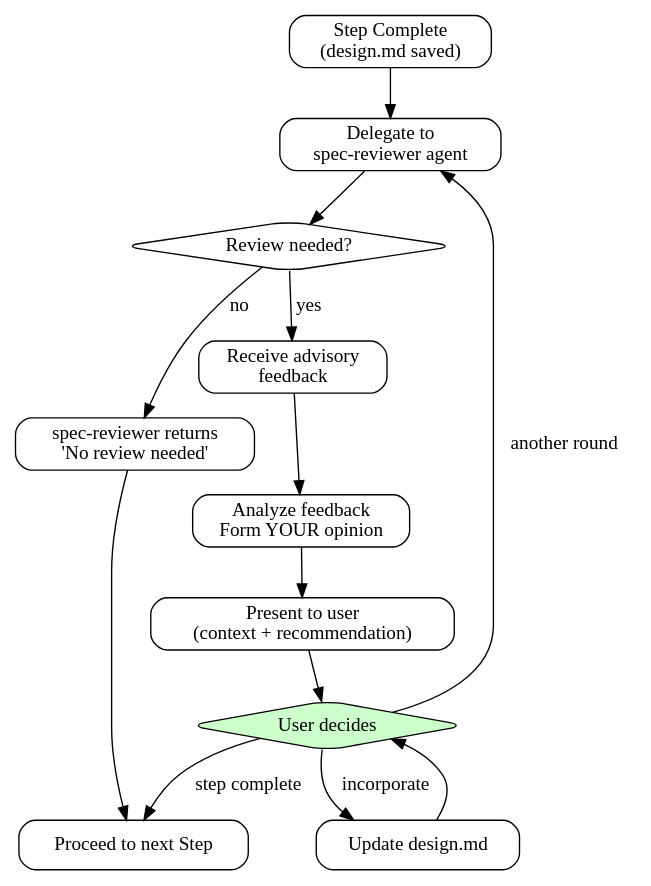
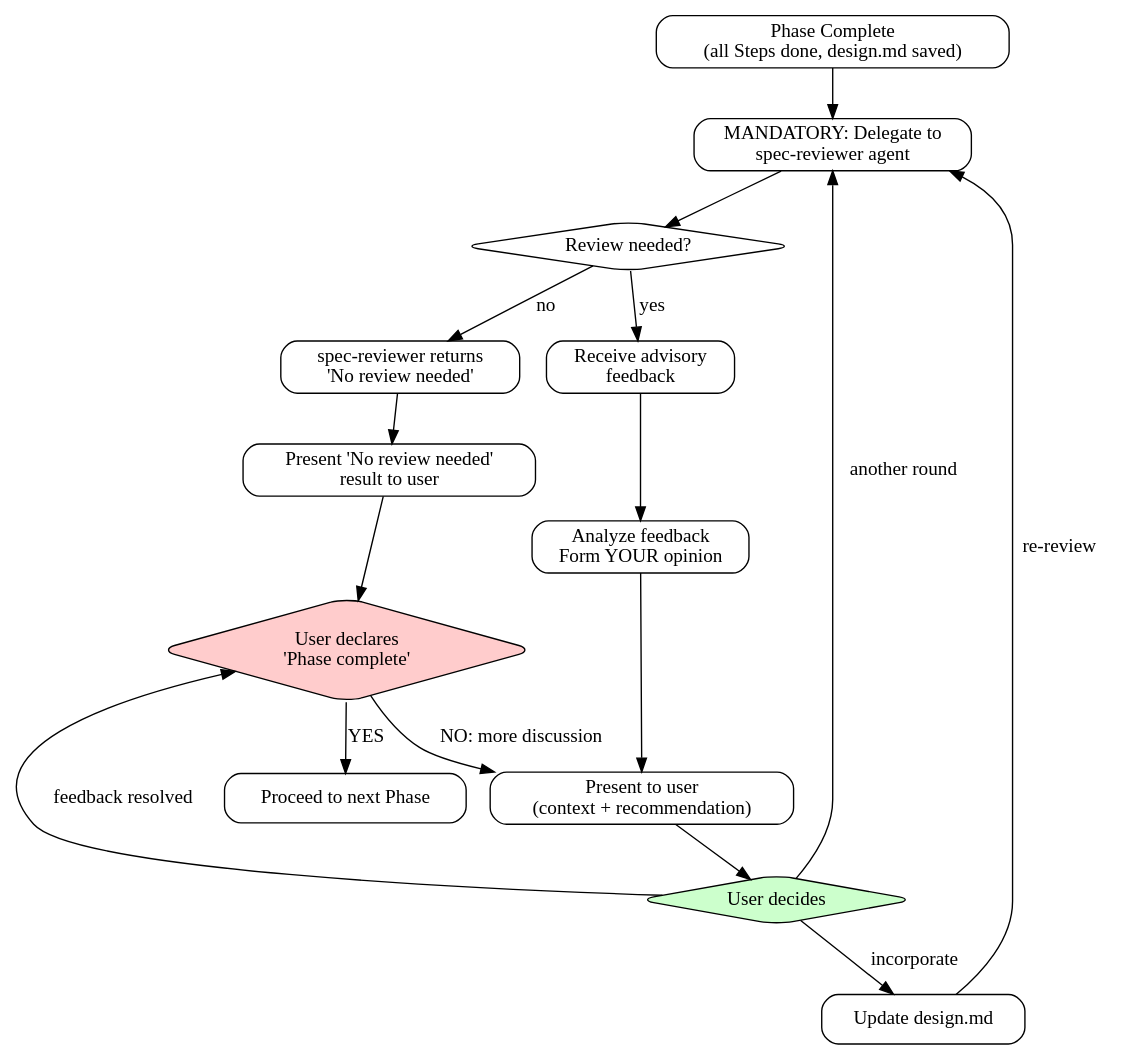
The second of 3 diagrams in skills/spec/SKILL.md (toongri/oh-my-toong-playground), drawn with Graphviz before and after one commit. The commit also changed other lines of this file, not shown here.

First line of the commit message:
fix: spec Step/Phase 건너뛰기 방지 규칙 강화

````diff
--- a/skills/spec/SKILL.md
+++ b/skills/spec/SKILL.md
@@ -177,30 +207,35 @@
 ```dot
 digraph feedback_loop {
     rankdir=TB;
     node [shape=box, style=rounded];
 
-    complete_step [label="Step Complete\n(design.md saved)"];
-    delegate [label="Delegate to\nspec-reviewer agent"];
+    complete_step [label="Phase Complete\n(all Steps done, design.md saved)"];
+    delegate [label="MANDATORY: Delegate to\nspec-reviewer agent"];
     check_response [label="Review needed?", shape=diamond];
     no_review [label="spec-reviewer returns\n'No review needed'"];
+    present_no_review [label="Present 'No review needed'\nresult to user"];
     receive_feedback [label="Receive advisory\nfeedback"];
     analyze [label="Analyze feedback\nForm YOUR opinion"];
     present [label="Present to user\n(context + recommendation)"];
     user_decides [label="User decides", shape=diamond, style="rounded,filled", fillcolor="#ccffcc"];
     incorporate [label="Update design.md"];
-    next_step [label="Proceed to next Step"];
+    user_final [label="User declares\n'Phase complete'", shape=diamond, style="rounded,filled", fillcolor="#ffcccc"];
+    next_phase [label="Proceed to next Phase"];
 
     complete_step -> delegate;
     delegate -> check_response;
     check_response -> no_review [label="no"];
     check_response -> receive_feedback [label="yes"];
-    no_review -> next_step;
+    no_review -> present_no_review;
+    present_no_review -> user_final;
     receive_feedback -> analyze;
     analyze -> present;
     present -> user_decides;
     user_decides -> incorporate [label="incorporate"];
     user_decides -> delegate [label="another round"];
-    user_decides -> next_step [label="step complete"];
-    incorporate -> user_decides;
+    user_decides -> user_final [label="feedback resolved"];
+    incorporate -> delegate [label="re-review"];
+    user_final -> next_phase [label="YES"];
+    user_final -> present [label="NO: more discussion"];
 }
 ```
````
